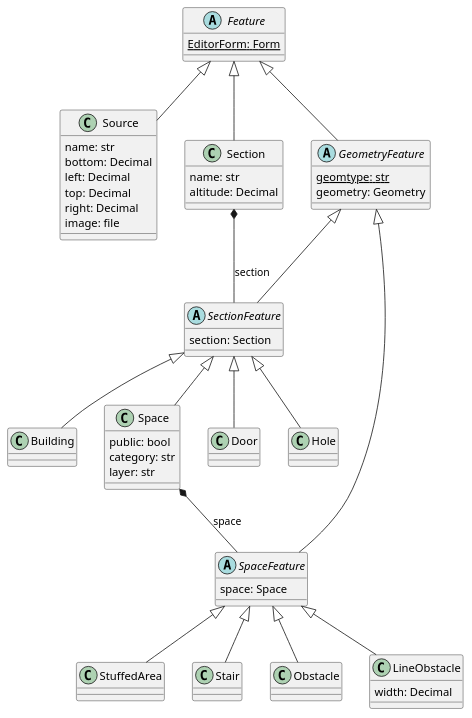
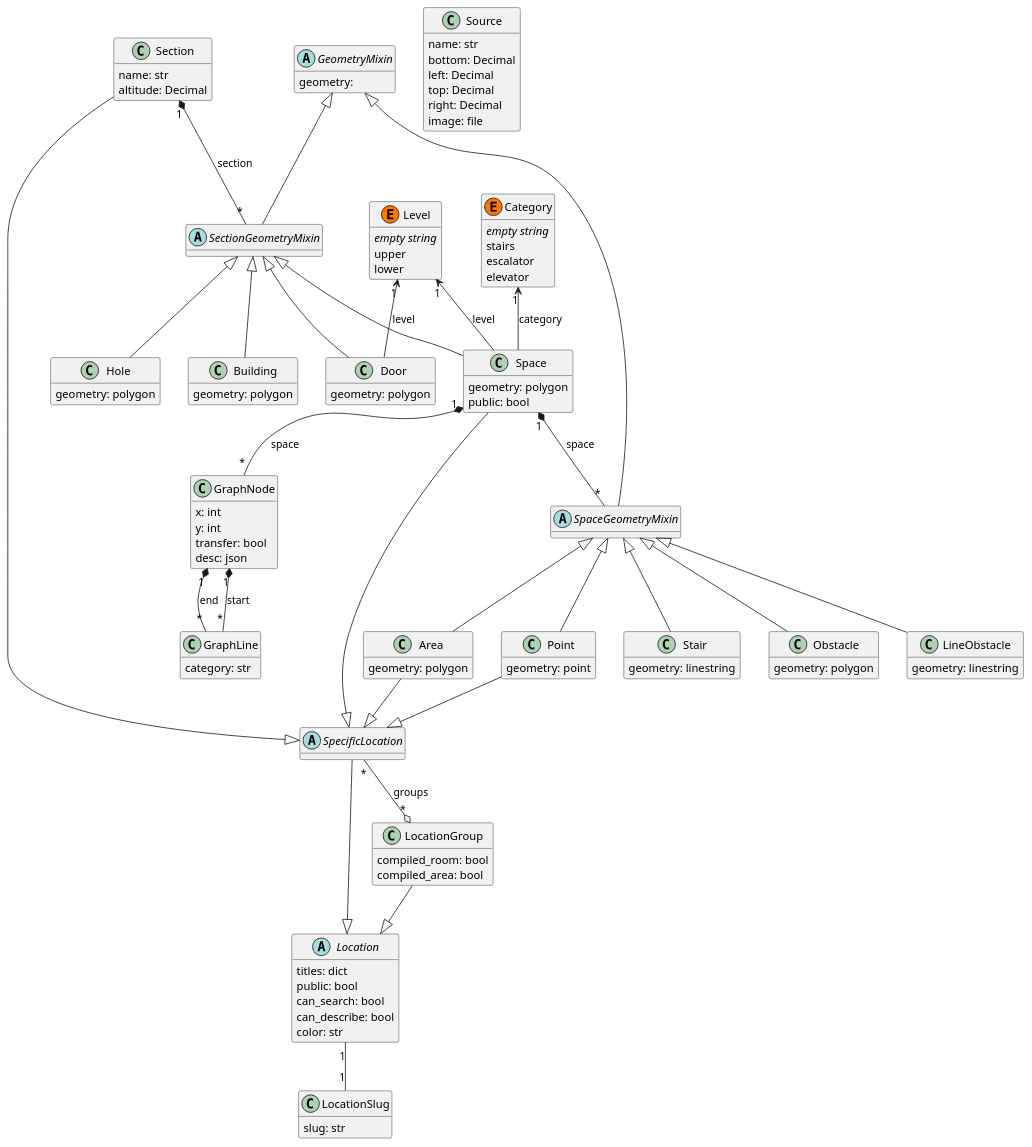
The diagram in doc/c3nav.puml (c3nav/c3nav), drawn with PlantUML before and after one commit.

```diff
--- a/doc/c3nav.puml
+++ b/doc/c3nav.puml
@@ -1,75 +1,138 @@
 @startuml
-abstract class Feature {
-    {static} EditorForm: Form
+class Section {
+    name: str
+    altitude: Decimal
 }
 
 class Source {
     name: str
     bottom: Decimal
     left: Decimal
     top: Decimal
     right: Decimal
     image: file
 }
-Feature <|-- Source
 
-class Section {
-    name: str
-    altitude: Decimal
+abstract class GeometryMixin {
+    geometry:
 }
-Feature <|-- Section
 
-abstract class GeometryFeature {
-    {static} geomtype: str
-    geometry: Geometry
+abstract class SectionGeometryMixin {
 }
-Feature <|-- GeometryFeature
-
-abstract class SectionFeature {
-    section: Section
-}
-Section *-- SectionFeature: section
-GeometryFeature <|-- SectionFeature
+GeometryMixin <|-- SectionGeometryMixin
+Section "1" *-- "*" SectionGeometryMixin: section
 
 class Building {
+    geometry: polygon
 }
-SectionFeature <|-- Building
+SectionGeometryMixin <|-- Building
+
+class Category << (E,#FF7700) >> {
+    <i>empty string</i>
+    stairs
+    escalator
+    elevator
+}
+
+class Level << (E,#FF7700) >> {
+    <i>empty string</i>
+    upper
+    lower
+}
 
 class Space {
+    geometry: polygon
     public: bool
-    category: str
-    layer: str
 }
-SectionFeature <|-- Space
+SectionGeometryMixin <|-- Space
+Category "1" <-- Space: category
+Level "1" <-- Space: level
 
 class Door {
+    geometry: polygon
 }
-SectionFeature <|-- Door
+SectionGeometryMixin <|-- Door
+Level "1" <-- Door: level
 
 class Hole {
+    geometry: polygon
 }
-SectionFeature <|-- Hole
+SectionGeometryMixin <|-- Hole
 
-abstract class SpaceFeature {
-    space: Space
+abstract class SpaceGeometryMixin {
 }
-Space *-- SpaceFeature: space
-GeometryFeature <|-- SpaceFeature
+GeometryMixin <|-- SpaceGeometryMixin
+Space "1" *-- "*" SpaceGeometryMixin: space
 
-class StuffedArea {
+class Area {
+    geometry: polygon
 }
-SpaceFeature <|-- StuffedArea
+SpaceGeometryMixin <|-- Area
+
+class Point {
+    geometry: point
+}
+SpaceGeometryMixin <|-- Point
 
 class Stair {
+    geometry: linestring
 }
-SpaceFeature <|-- Stair
+SpaceGeometryMixin <|-- Stair
 
 class Obstacle {
+    geometry: polygon
 }
-SpaceFeature <|-- Obstacle
+SpaceGeometryMixin <|-- Obstacle
 
 class LineObstacle {
-    width: Decimal
+    geometry: linestring
 }
-SpaceFeature <|-- LineObstacle
+SpaceGeometryMixin <|-- LineObstacle
+
+abstract class Location {
+    titles: dict
+    public: bool
+    can_search: bool
+    can_describe: bool
+    color: str
+}
+
+abstract class SpecificLocation {
+
+}
+SpecificLocation --|> Location
+Section --|> SpecificLocation
+Space --|> SpecificLocation
+Area --|> SpecificLocation
+Point --|> SpecificLocation
+
+class LocationGroup {
+    compiled_room: bool
+    compiled_area: bool
+}
+LocationGroup --|> Location
+SpecificLocation "*" --o "*" LocationGroup: groups
+
+class LocationSlug {
+    slug: str
+}
+
+Location "1" -- "1" LocationSlug
+
+class GraphNode {
+    x: int
+    y: int
+    transfer: bool
+    desc: json
+}
+Space "1" *-- "*" GraphNode: space
+
+class GraphLine {
+    category: str
+}
+GraphNode "1" *-- "*" GraphLine: start
+GraphNode "1" *-- "*" GraphLine: end
+
+hide methods
+
 @enduml
```
